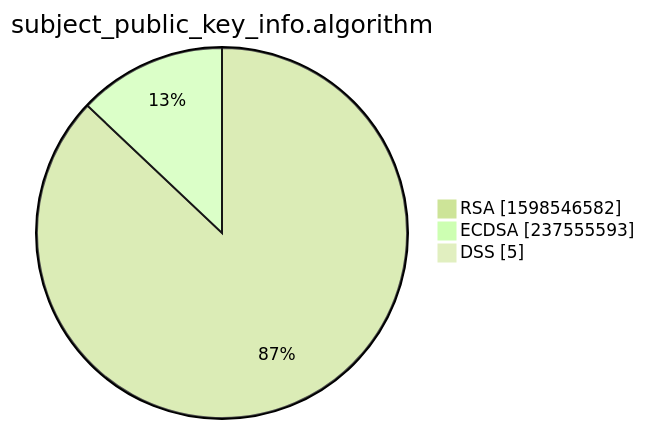
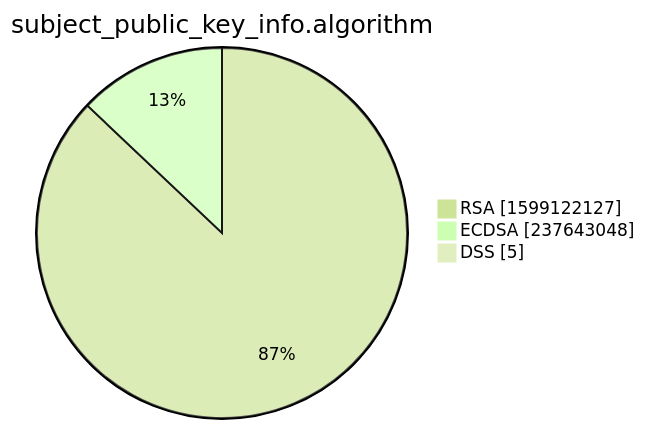
The third of 15 diagrams in xenon2022/README.md (christiankrug/ctmonitor_visualization), drawn with Mermaid (forest theme) before and after one commit. The commit also changed other lines of this file, not shown here.

````diff
--- a/xenon2022/README.md
+++ b/xenon2022/README.md
@@ -14,7 +14,7 @@
 ```mermaid
 pie showData
 title subject_public_key_info.algorithm
-"RSA" :1598546582
-"ECDSA" :237555593
+"RSA" :1599122127
+"ECDSA" :237643048
 "DSS" :5
 ```
````
